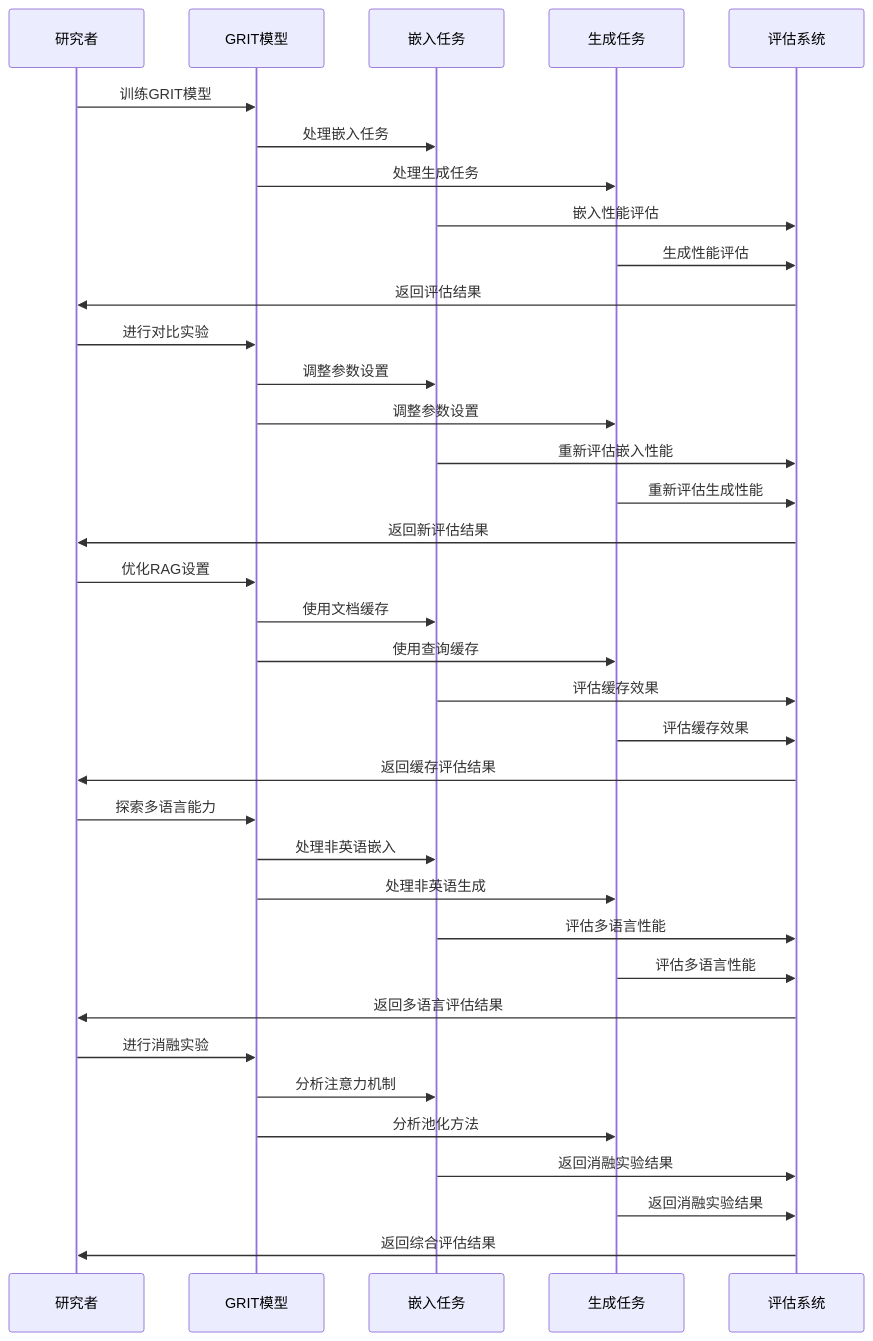
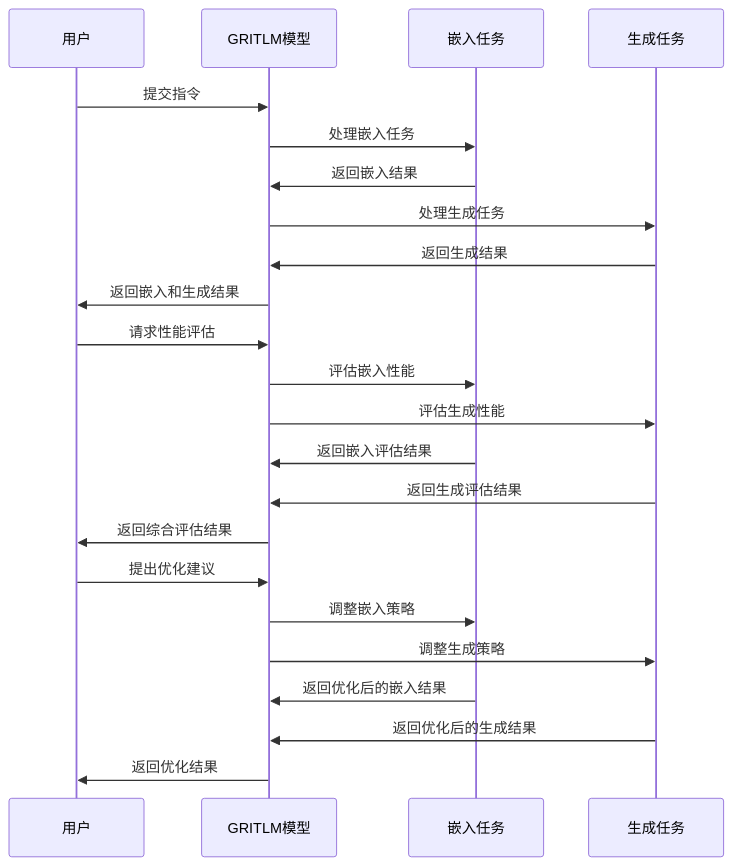
Diagram 15 of 44 in AI技术类文章.md (Fabreque/charles), drawn with Mermaid before and after one commit. The commit also changed other lines of this file and 6 other files, not shown here.

````diff
--- a/AI技术类文章.md
+++ b/AI技术类文章.md
@@ -714,43 +1505,28 @@
 ```mermaid
 sequenceDiagram
-    participant A as 研究者
-    participant B as GRIT模型
+    participant A as 用户
+    participant B as GRITLM模型
     participant C as 嵌入任务
     participant D as 生成任务
-    participant E as 评估系统
 
-    A->>B: 训练GRIT模型
+    A->>B: 提交指令
     B->>C: 处理嵌入任务
+    C->>B: 返回嵌入结果
     B->>D: 处理生成任务
-    C->>E: 嵌入性能评估
-    D->>E: 生成性能评估
-    E->>A: 返回评估结果
+    D->>B: 返回生成结果
+    B->>A: 返回嵌入和生成结果
 
-    A->>B: 进行对比实验
-    B->>C: 调整参数设置
-    B->>D: 调整参数设置
-    C->>E: 重新评估嵌入性能
-    D->>E: 重新评估生成性能
-    E->>A: 返回新评估结果
+    A->>B: 请求性能评估
+    B->>C: 评估嵌入性能
+    B->>D: 评估生成性能
+    C->>B: 返回嵌入评估结果
+    D->>B: 返回生成评估结果
+    B->>A: 返回综合评估结果
 
-    A->>B: 优化RAG设置
-    B->>C: 使用文档缓存
-    B->>D: 使用查询缓存
-    C->>E: 评估缓存效果
-    D->>E: 评估缓存效果
-    E->>A: 返回缓存评估结果
-
-    A->>B: 探索多语言能力
-    B->>C: 处理非英语嵌入
-    B->>D: 处理非英语生成
-    C->>E: 评估多语言性能
-    D->>E: 评估多语言性能
-    E->>A: 返回多语言评估结果
-
-    A->>B: 进行消融实验
-    B->>C: 分析注意力机制
-    B->>D: 分析池化方法
-    C->>E: 返回消融实验结果
-    D->>E: 返回消融实验结果
-    E->>A: 返回综合评估结果
+    A->>B: 提出优化建议
+    B->>C: 调整嵌入策略
+    B->>D: 调整生成策略
+    C->>B: 返回优化后的嵌入结果
+    D->>B: 返回优化后的生成结果
+    B->>A: 返回优化结果
 ```
````
